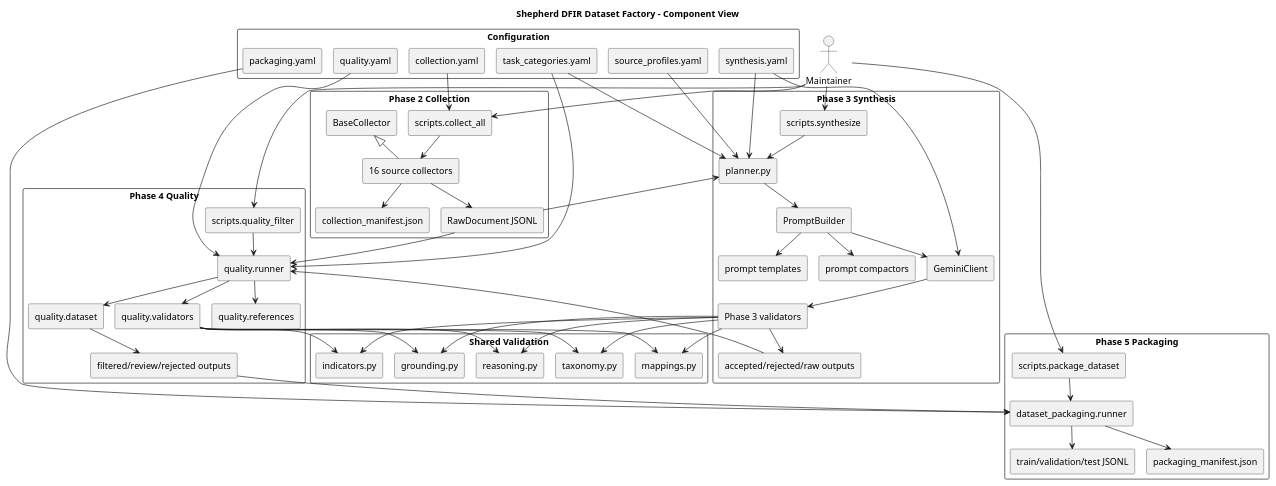
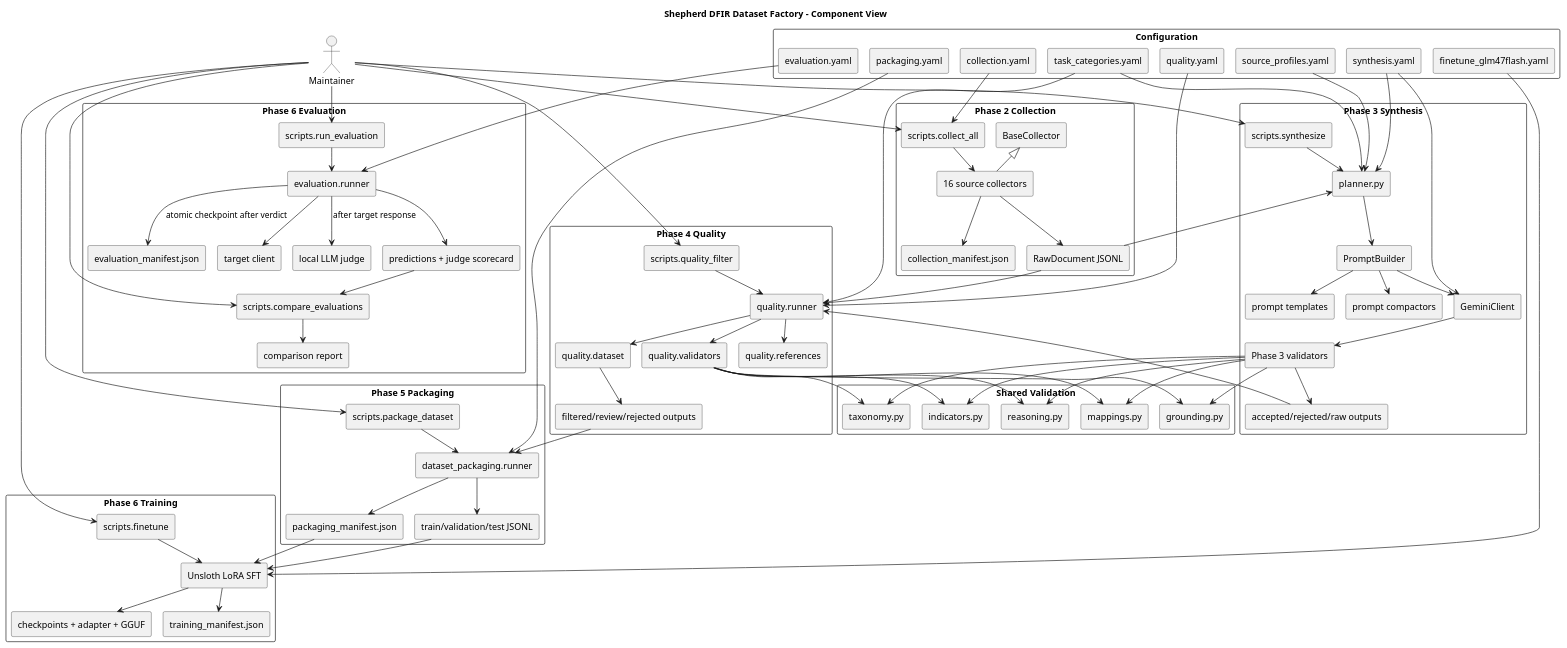
The diagram in docs/diagrams/pipeline-component.puml (darkrelicz/dfir-dataset), drawn with PlantUML before and after one commit. The commit also changed 26 other files, not shown here.

```diff
--- a/docs/diagrams/pipeline-component.puml
+++ b/docs/diagrams/pipeline-component.puml
@@ -1,113 +1,152 @@
 @startuml
 !pragma layout smetana
 title Shepherd DFIR Dataset Factory - Component View
 
 skinparam componentStyle rectangle
 skinparam shadowing false
 skinparam packageStyle rectangle
 
 actor "Maintainer" as Maintainer
 
 package "Configuration" {
   [collection.yaml] as CollectionConfig
   [source_profiles.yaml] as SourceProfiles
   [task_categories.yaml] as TaskConfig
   [synthesis.yaml] as SynthesisConfig
   [quality.yaml] as QualityConfig
   [packaging.yaml] as PackagingConfig
+  [evaluation.yaml] as EvaluationConfig
+  [finetune_glm47flash.yaml] as FinetuneConfig
 }
 
 package "Phase 2 Collection" {
   [scripts.collect_all] as CollectCLI
   [BaseCollector] as BaseCollector
   [16 source collectors] as Collectors
   [RawDocument JSONL] as RawJsonl
   [collection_manifest.json] as CollectionManifest
 }
 
 package "Phase 3 Synthesis" {
   [scripts.synthesize] as SynthesizeCLI
   [planner.py] as Planner
   [PromptBuilder] as PromptBuilder
   [prompt templates] as PromptTemplates
   [prompt compactors] as Compactors
   [GeminiClient] as Gemini
   [Phase 3 validators] as SynthValidators
   [accepted/rejected/raw outputs] as SynthOutputs
 }
 
 package "Shared Validation" {
   [reasoning.py] as Reasoning
   [grounding.py] as Grounding
   [indicators.py] as Indicators
   [mappings.py] as Mappings
   [taxonomy.py] as Taxonomy
 }
 
 package "Phase 4 Quality" {
   [scripts.quality_filter] as QualityCLI
   [quality.runner] as QualityRunner
   [quality.validators] as QualityValidators
   [quality.dataset] as DatasetGates
   [quality.references] as References
   [filtered/review/rejected outputs] as QualityOutputs
 }
 
 package "Phase 5 Packaging" {
   [scripts.package_dataset] as PackageCLI
   [dataset_packaging.runner] as Packager
   [train/validation/test JSONL] as PackagedSplits
   [packaging_manifest.json] as PackagingManifest
 }
 
+package "Phase 6 Training" {
+  [scripts.finetune] as TrainCLI
+  [Unsloth LoRA SFT] as Trainer
+  [checkpoints + adapter + GGUF] as ModelArtifacts
+  [training_manifest.json] as TrainingManifest
+}
+
+package "Phase 6 Evaluation" {
+  [scripts.run_evaluation] as EvaluateCLI
+  [evaluation.runner] as EvaluationRunner
+  [target client] as TargetClient
+  [local LLM judge] as Judge
+  [predictions + judge scorecard] as EvaluationOutputs
+  [evaluation_manifest.json] as EvaluationManifest
+  [scripts.compare_evaluations] as CompareCLI
+  [comparison report] as ComparisonReport
+}
+
 Maintainer --> CollectCLI
 Maintainer --> SynthesizeCLI
 Maintainer --> QualityCLI
 Maintainer --> PackageCLI
+Maintainer --> TrainCLI
+Maintainer --> EvaluateCLI
+Maintainer --> CompareCLI
 
 CollectionConfig --> CollectCLI
 CollectCLI --> Collectors
 Collectors -up-|> BaseCollector
 Collectors --> RawJsonl
 Collectors --> CollectionManifest
 
 SourceProfiles --> Planner
 TaskConfig --> Planner
 SynthesisConfig --> Planner
 SynthesisConfig --> Gemini
 SynthesizeCLI --> Planner
 Planner --> PromptBuilder
 PromptBuilder --> PromptTemplates
 PromptBuilder --> Compactors
 PromptBuilder --> Gemini
 Gemini --> SynthValidators
 SynthValidators --> SynthOutputs
 SynthValidators --> Reasoning
 SynthValidators --> Grounding
 SynthValidators --> Indicators
 SynthValidators --> Mappings
 SynthValidators --> Taxonomy
 RawJsonl --> Planner
 
 QualityConfig --> QualityRunner
 TaskConfig --> QualityRunner
 QualityCLI --> QualityRunner
 SynthOutputs --> QualityRunner
 RawJsonl --> QualityRunner
 QualityRunner --> References
 QualityRunner --> QualityValidators
 QualityValidators --> Reasoning
 QualityValidators --> Grounding
 QualityValidators --> Indicators
 QualityValidators --> Mappings
 QualityValidators --> Taxonomy
 QualityRunner --> DatasetGates
 DatasetGates --> QualityOutputs
 
 PackagingConfig --> Packager
 PackageCLI --> Packager
 QualityOutputs --> Packager
 Packager --> PackagedSplits
 Packager --> PackagingManifest
 
+FinetuneConfig --> Trainer
+TrainCLI --> Trainer
+PackagedSplits --> Trainer
+PackagingManifest --> Trainer
+Trainer --> ModelArtifacts
+Trainer --> TrainingManifest
+
+EvaluationConfig --> EvaluationRunner
+EvaluateCLI --> EvaluationRunner
+EvaluationRunner --> TargetClient
+EvaluationRunner --> Judge: after target response
+EvaluationRunner --> EvaluationOutputs
+EvaluationRunner --> EvaluationManifest: atomic checkpoint after verdict
+EvaluationOutputs --> CompareCLI
+CompareCLI --> ComparisonReport
+
 @enduml
```
